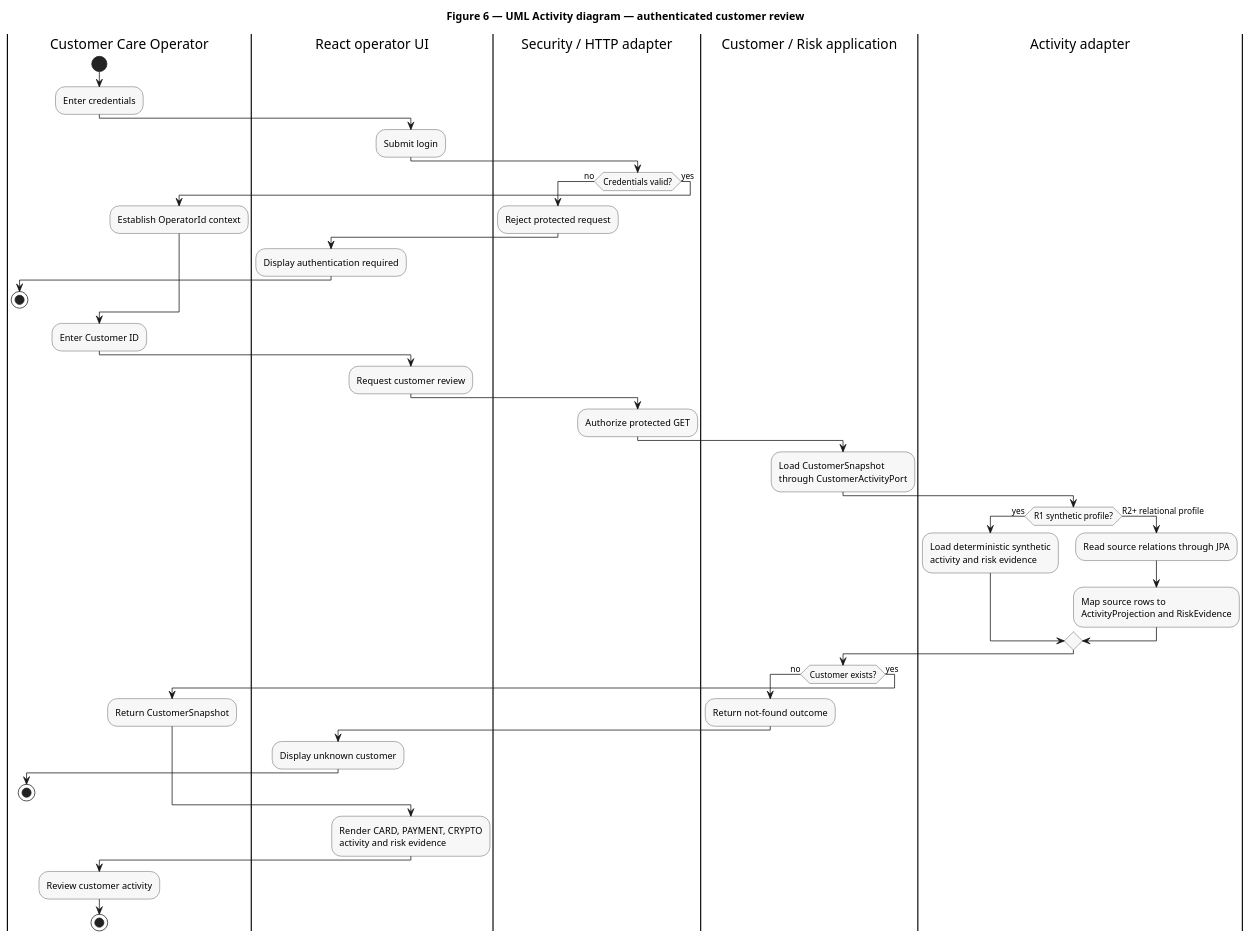
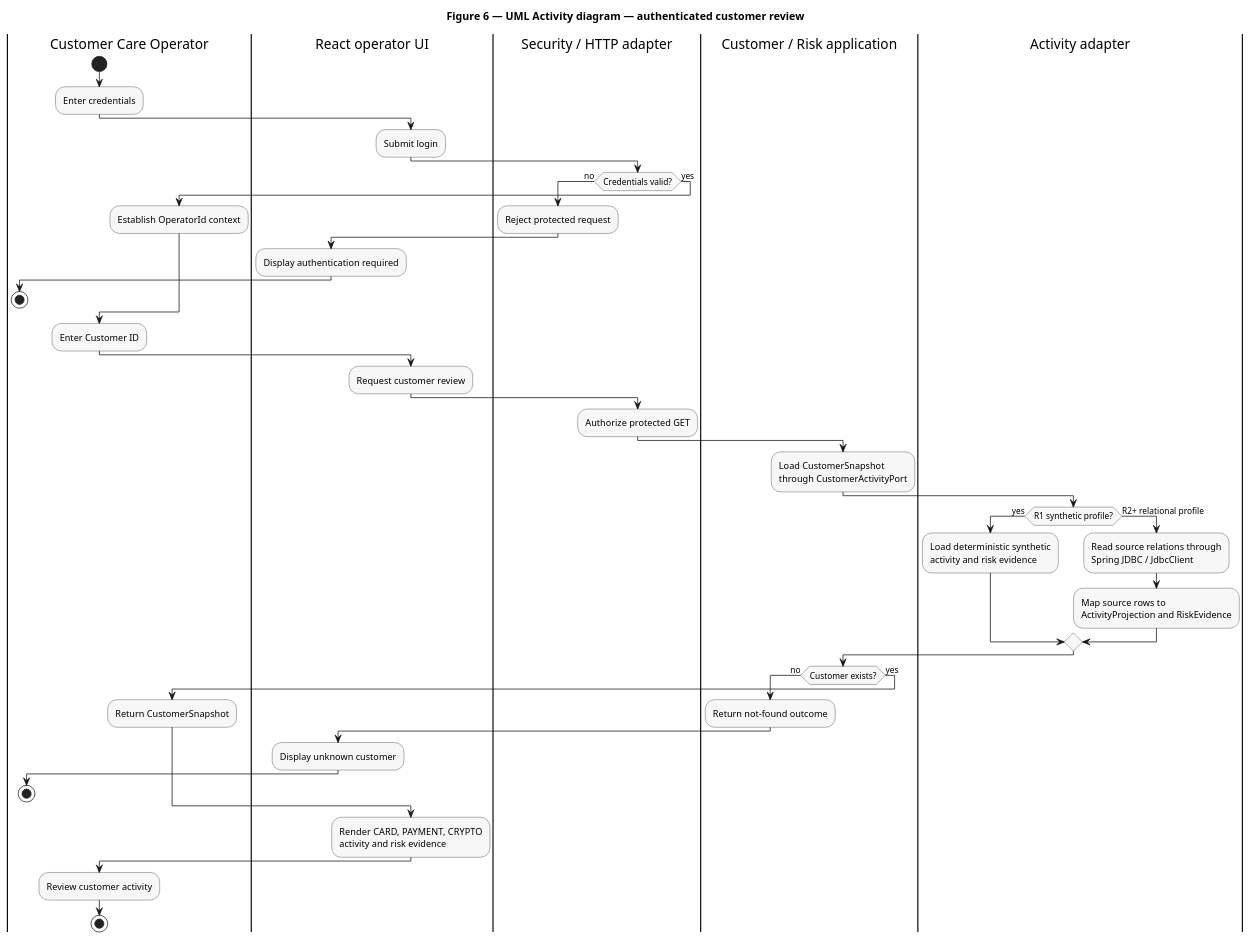
Before and after one commit to jdoe-dev-159753/specgraph-reference-app: the diagram in docs/assignment/SDD/diagrams/activity-customer-review.puml, drawn with PlantUML.

Commit message:
docs: show Spring JDBC relational review path

```diff
--- a/docs/assignment/SDD/diagrams/activity-customer-review.puml
+++ b/docs/assignment/SDD/diagrams/activity-customer-review.puml
@@ -1,64 +1,64 @@
 @startuml
 title Figure 6 — UML Activity diagram — authenticated customer review
 skinparam linetype polyline
 skinparam activity {
   BackgroundColor #F7F7F7
   BorderColor #333333
 }
 
 |Customer Care Operator|
 start
 :Enter credentials;
 
 |React operator UI|
 :Submit login;
 
 |Security / HTTP adapter|
 if (Credentials valid?) then (no)
   :Reject protected request;
   |React operator UI|
   :Display authentication required;
   |Customer Care Operator|
   stop
 else (yes)
   :Establish OperatorId context;
 endif
 
 |Customer Care Operator|
 :Enter Customer ID;
 
 |React operator UI|
 :Request customer review;
 
 |Security / HTTP adapter|
 :Authorize protected GET;
 
 |Customer / Risk application|
 :Load CustomerSnapshot\nthrough CustomerActivityPort;
 
 |Activity adapter|
 if (R1 synthetic profile?) then (yes)
   :Load deterministic synthetic\nactivity and risk evidence;
 else (R2+ relational profile)
-  :Read source relations through JPA;
+  :Read source relations through\nSpring JDBC / JdbcClient;
   :Map source rows to\nActivityProjection and RiskEvidence;
 endif
 
 |Customer / Risk application|
 if (Customer exists?) then (no)
   :Return not-found outcome;
   |React operator UI|
   :Display unknown customer;
   |Customer Care Operator|
   stop
 else (yes)
   :Return CustomerSnapshot;
 endif
 
 |React operator UI|
 :Render CARD, PAYMENT, CRYPTO\nactivity and risk evidence;
 
 |Customer Care Operator|
 :Review customer activity;
 stop
 @enduml
```
